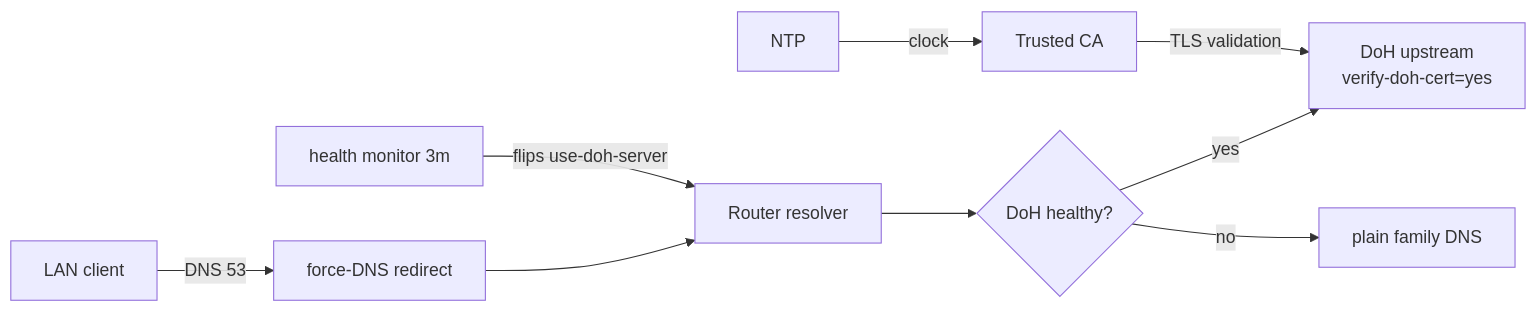
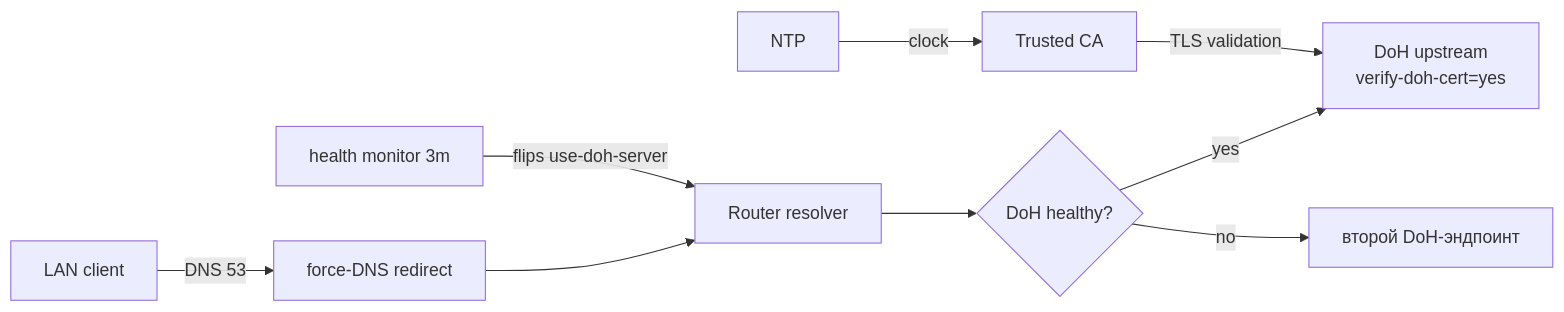
One commit to paulmann/mikrotik-doh-failover changed the diagram in README.ru.md. Above: the diagram before and after it, drawn with Mermaid. The commit also changed other lines of this file and 18 other files, not shown here.

````diff
--- a/README.ru.md
+++ b/README.ru.md
@@ -97,11 +99,11 @@
 ```mermaid
 flowchart LR
     Client["LAN client"] -->|"DNS 53"| ForceDNS["force-DNS redirect"]
     ForceDNS --> Resolver["Router resolver"]
     Resolver --> Mode{"DoH healthy?"}
     Mode -->|"yes"| DoH["DoH upstream<br/>verify-doh-cert=yes"]
-    Mode -->|"no"| Plain["plain family DNS"]
+    Mode -->|"no"| Plain["второй DoH-эндпоинт"]
     Monitor["health monitor 3m"] -->|"flips use-doh-server"| Resolver
     CA["Trusted CA"] -->|"TLS validation"| DoH
     NTP["NTP"] -->|"clock"| CA
 ```
````
